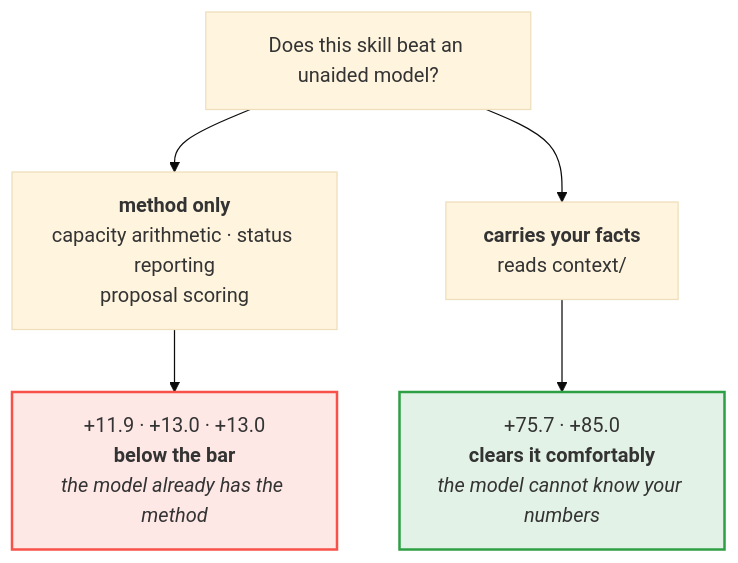
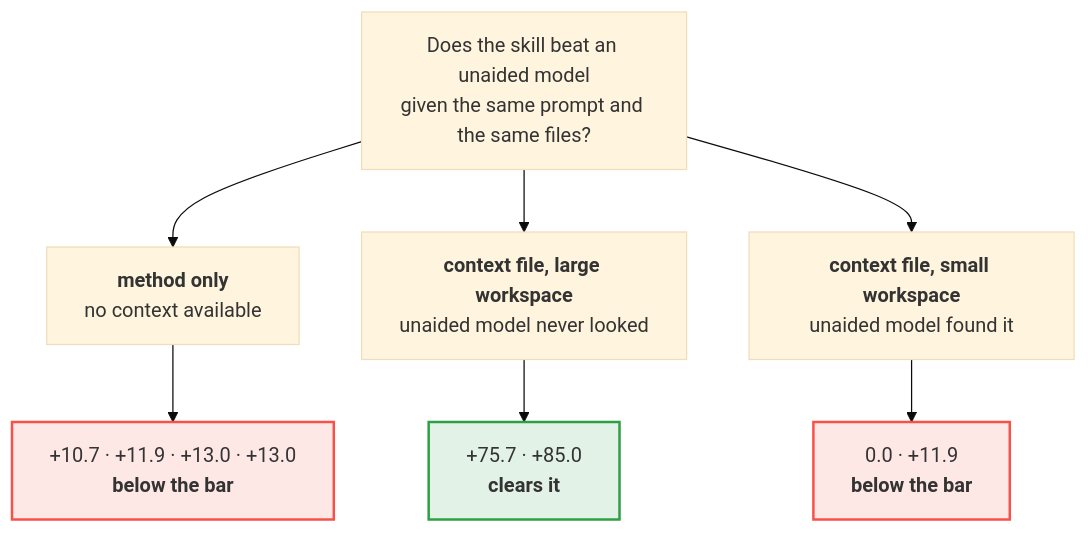
Before and after one commit to kari-ai-lab/agent-skills-public: the third of 3 diagrams in README.md, drawn with Mermaid (base theme). The commit also changed other lines of this file and 9 other files, not shown here.

````diff
--- a/README.md
+++ b/README.md
@@ -108,13 +120,15 @@
 ```mermaid
 flowchart TB
-    Q["Does this skill beat an unaided model?"]
-    Q --> METHOD["<b>method only</b><br/>capacity arithmetic · status reporting<br/>proposal scoring"]
-    Q --> CONTEXT["<b>carries your facts</b><br/>reads context/"]
-    METHOD --> MR["+11.9 · +13.0 · +13.0<br/><b>below the bar</b><br/><i>the model already has the method</i>"]
-    CONTEXT --> CR["+75.7 · +85.0<br/><b>clears it comfortably</b><br/><i>the model cannot know your numbers</i>"]
+    Q["Does the skill beat an unaided model<br/>given the same prompt and the same files?"]
+    Q --> M["<b>method only</b><br/>no context available"]
+    Q --> CL["<b>context file, large workspace</b><br/>unaided model never looked"]
+    Q --> CS["<b>context file, small workspace</b><br/>unaided model found it"]
+    M --> MR["+10.7 · +11.9 · +13.0 · +13.0<br/><b>below the bar</b>"]
+    CL --> CLR["+75.7 · +85.0<br/><b>clears it</b>"]
+    CS --> CSR["0.0 · +11.9<br/><b>below the bar</b>"]
 
     classDef bad fill:#f8514922,stroke:#f85149,stroke-width:2px
     classDef good fill:#2ea04322,stroke:#2ea043,stroke-width:2px
-    class MR bad
-    class CR good
+    class MR,CSR bad
+    class CLR good
 ```
````
